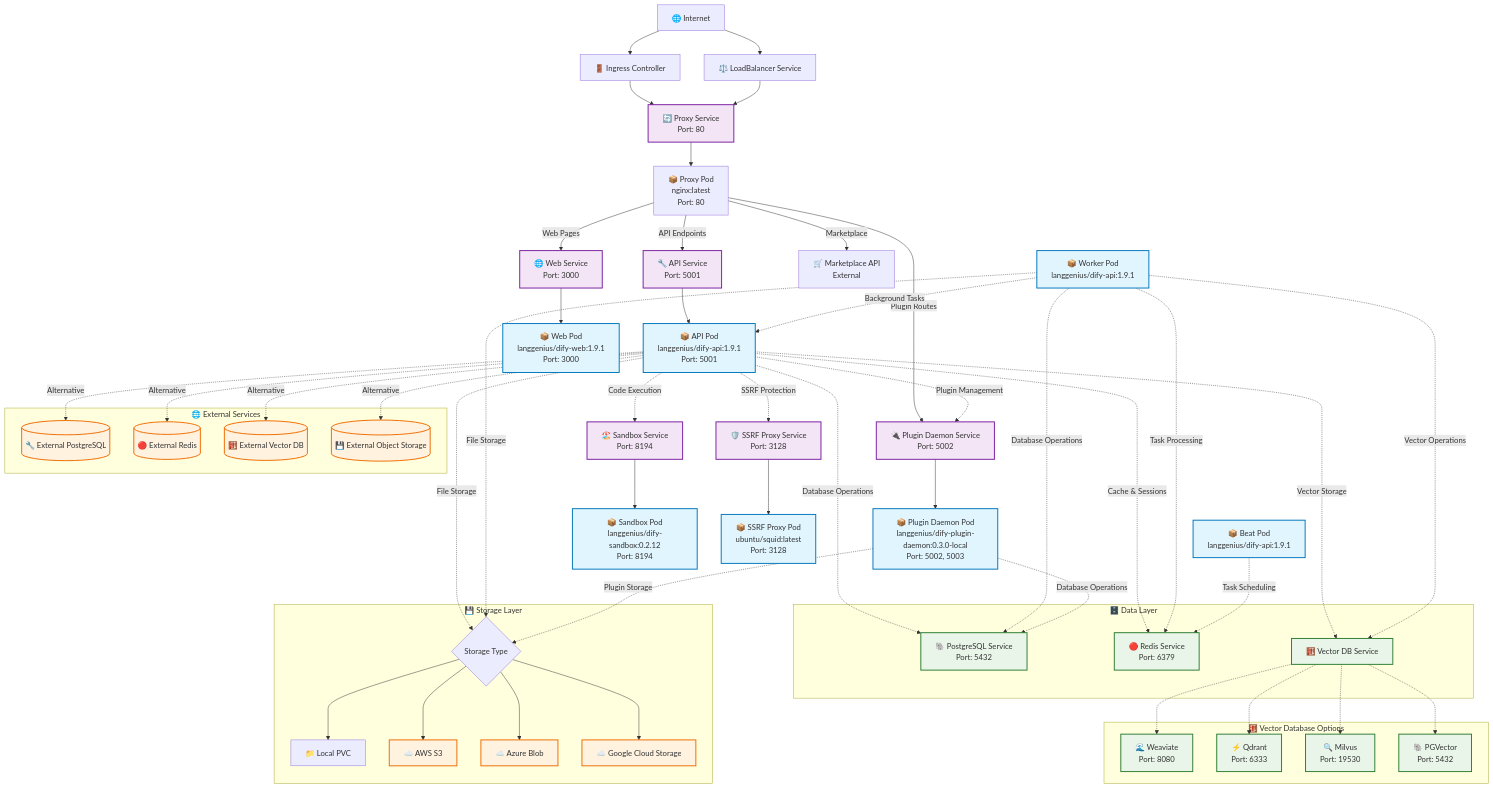
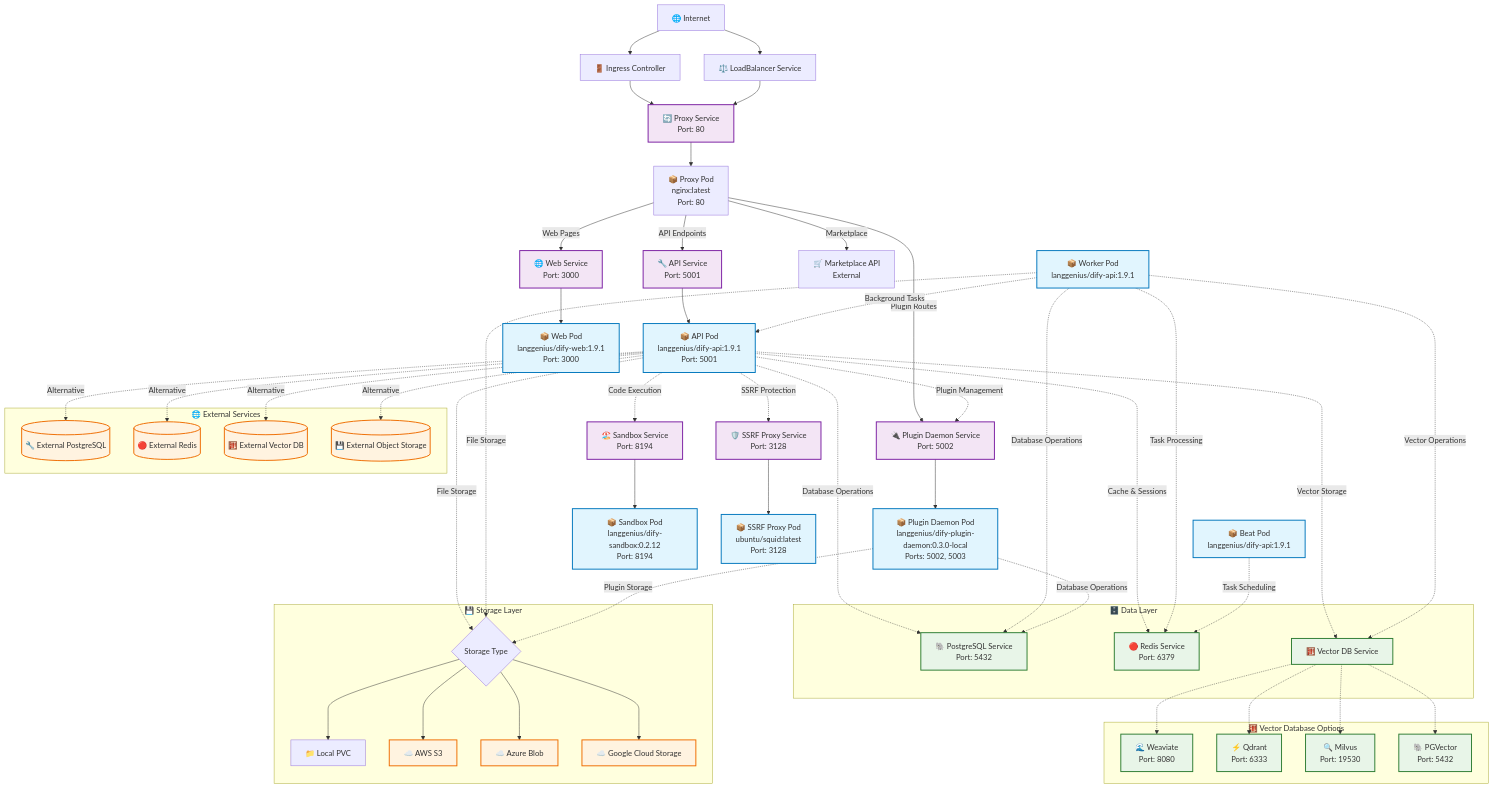
The diagram in README.md (BorisPolonsky/dify-helm), drawn with Mermaid before and after one commit. The commit also changed other lines of this file and 2 other files, not shown here.

Commit message:
Fix typos and refine document and comments

```diff
--- a/README.md
+++ b/README.md
@@ -41,7 +41,7 @@
     %% Backend Pods
     APIService --> APIPod[📦 API Pod<br/>langgenius/dify-api:1.9.1<br/>Port: 5001]
     WebService --> WebPod[📦 Web Pod<br/>langgenius/dify-web:1.9.1<br/>Port: 3000]
-    PluginService --> PluginPod[📦 Plugin Daemon Pod<br/>langgenius/dify-plugin-daemon:0.3.0-local<br/>Port: 5002, 5003]
+    PluginService --> PluginPod[📦 Plugin Daemon Pod<br/>langgenius/dify-plugin-daemon:0.3.0-local<br/>Ports: 5002, 5003]
 
     %% Worker Pod (Background Processing)
     WorkerPod[📦 Worker Pod<br/>langgenius/dify-api:1.9.1]
```
